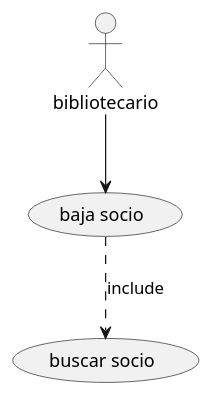
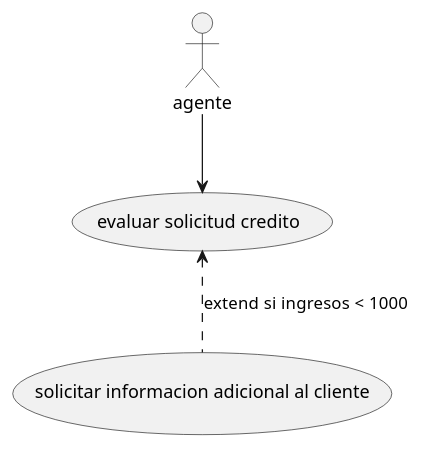
One commit to jorgealll/umlvideo changed the diagram in src/video.puml. Above: the diagram before and after it, drawn with PlantUML.

Commit message:
extension

```diff
--- a/src/video.puml
+++ b/src/video.puml
@@ -1,8 +1,8 @@
 @startuml
 'https://plantuml.com/sequence-diagram
 
-actor bibliotecario
-bibliotecario --> (baja socio)
-(baja socio) ..> (buscar socio) : include
+actor agente
+agente --> (evaluar solicitud credito)
+(evaluar solicitud credito)  <.. (solicitar informacion adicional al cliente) : extend si ingresos  < 1000
 
 @enduml
```
